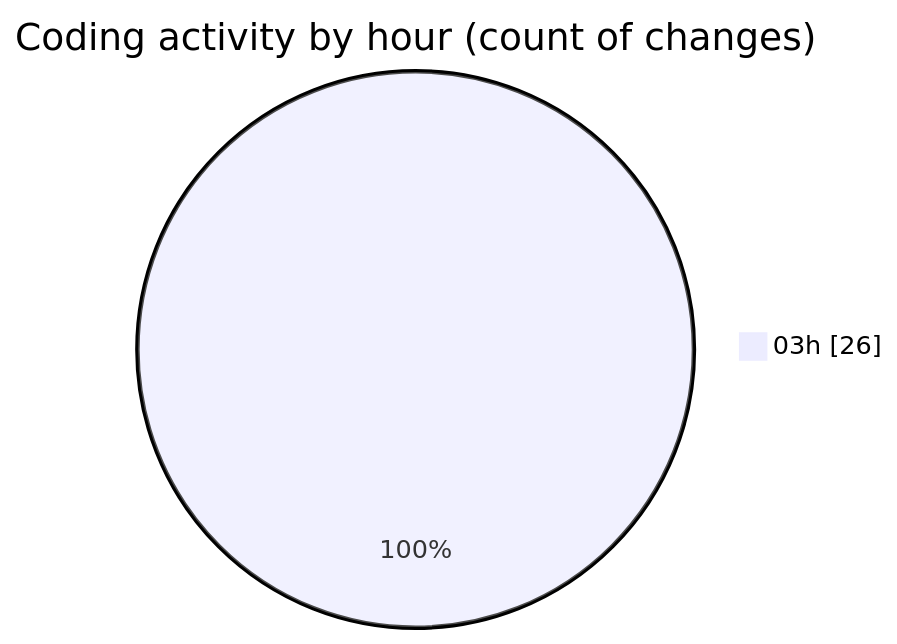
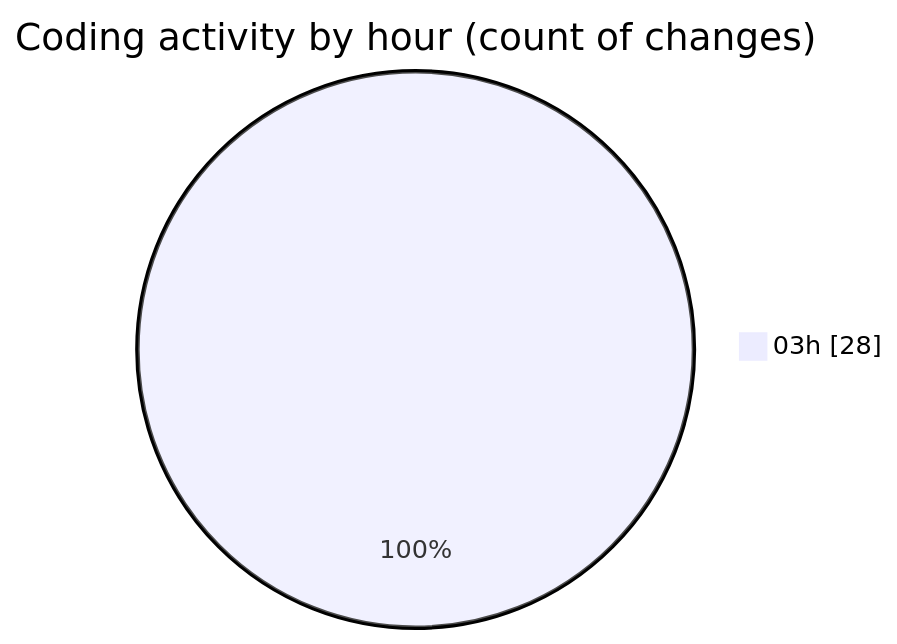
One commit to donsfak/code-tracking changed the second of 2 diagrams in 2025-01-02/maps_clone/README.md. Above: the diagram before and after it, drawn with Mermaid. The commit also changed other lines of this file and 2 other files, not shown here.

````diff
--- a/2025-01-02/maps_clone/README.md
+++ b/2025-01-02/maps_clone/README.md
@@ -43,5 +45,5 @@
 ```mermaid
 pie showData
 title Coding activity by hour (count of changes)
-"03h" : 26
+"03h" : 28
 ```
````
